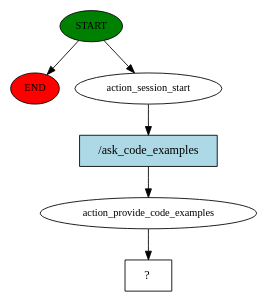
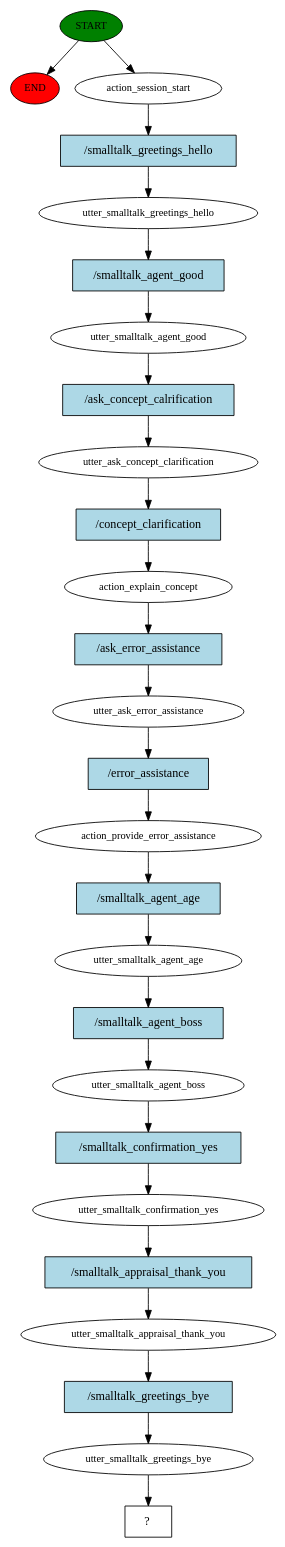
The diagram in story_graph.dot (RiteshYennuwar/ChatBot-Python_Sensei), drawn with Graphviz before and after one commit. The commit also changed 55 other files, not shown here.

```diff
--- a/story_graph.dot
+++ b/story_graph.dot
@@ -1,13 +1,53 @@
 digraph  {
 0 [class="start active", fillcolor=green, fontsize=12, label=START, style=filled];
 "-1" [class=end, fillcolor=red, fontsize=12, label=END, style=filled];
 1 [class=active, fontsize=12, label=action_session_start];
-2 [class=active, fontsize=12, label=action_provide_code_examples];
-3 [class="intent dashed active", label="  ?  ", shape=rect];
-4 [class="intent active", fillcolor=lightblue, label="/ask_code_examples", shape=rect, style=filled];
+2 [class=active, fontsize=12, label=utter_smalltalk_greetings_hello];
+3 [class=active, fontsize=12, label=utter_smalltalk_agent_good];
+4 [class=active, fontsize=12, label=utter_ask_concept_clarification];
+5 [class=active, fontsize=12, label=action_explain_concept];
+6 [class=active, fontsize=12, label=utter_ask_error_assistance];
+7 [class=active, fontsize=12, label=action_provide_error_assistance];
+8 [class=active, fontsize=12, label=utter_smalltalk_agent_age];
+9 [class=active, fontsize=12, label=utter_smalltalk_agent_boss];
+10 [class=active, fontsize=12, label=utter_smalltalk_confirmation_yes];
+11 [class=active, fontsize=12, label=utter_smalltalk_appraisal_thank_you];
+12 [class=active, fontsize=12, label=utter_smalltalk_greetings_bye];
+13 [class="intent dashed active", label="  ?  ", shape=rect];
+14 [class="intent active", fillcolor=lightblue, label="/smalltalk_greetings_hello", shape=rect, style=filled];
+15 [class="intent active", fillcolor=lightblue, label="/smalltalk_agent_good", shape=rect, style=filled];
+16 [class="intent active", fillcolor=lightblue, label="/ask_concept_calrification", shape=rect, style=filled];
+17 [class="intent active", fillcolor=lightblue, label="/concept_clarification", shape=rect, style=filled];
+18 [class="intent active", fillcolor=lightblue, label="/ask_error_assistance", shape=rect, style=filled];
+19 [class="intent active", fillcolor=lightblue, label="/error_assistance", shape=rect, style=filled];
+20 [class="intent active", fillcolor=lightblue, label="/smalltalk_agent_age", shape=rect, style=filled];
+21 [class="intent active", fillcolor=lightblue, label="/smalltalk_agent_boss", shape=rect, style=filled];
+22 [class="intent active", fillcolor=lightblue, label="/smalltalk_confirmation_yes", shape=rect, style=filled];
+23 [class="intent active", fillcolor=lightblue, label="/smalltalk_appraisal_thank_you", shape=rect, style=filled];
+24 [class="intent active", fillcolor=lightblue, label="/smalltalk_greetings_bye", shape=rect, style=filled];
 0 -> "-1"  [class="", key=NONE, label=""];
 0 -> 1  [class=active, key=NONE, label=""];
-1 -> 4  [class=active, key=0];
-2 -> 3  [class=active, key=NONE, label=""];
-4 -> 2  [class=active, key=0];
+1 -> 14  [class=active, key=0];
+2 -> 15  [class=active, key=0];
+3 -> 16  [class=active, key=0];
+4 -> 17  [class=active, key=0];
+5 -> 18  [class=active, key=0];
+6 -> 19  [class=active, key=0];
+7 -> 20  [class=active, key=0];
+8 -> 21  [class=active, key=0];
+9 -> 22  [class=active, key=0];
+10 -> 23  [class=active, key=0];
+11 -> 24  [class=active, key=0];
+12 -> 13  [class=active, key=NONE, label=""];
+14 -> 2  [class=active, key=0];
+15 -> 3  [class=active, key=0];
+16 -> 4  [class=active, key=0];
+17 -> 5  [class=active, key=0];
+18 -> 6  [class=active, key=0];
+19 -> 7  [class=active, key=0];
+20 -> 8  [class=active, key=0];
+21 -> 9  [class=active, key=0];
+22 -> 10  [class=active, key=0];
+23 -> 11  [class=active, key=0];
+24 -> 12  [class=active, key=0];
 }
```
